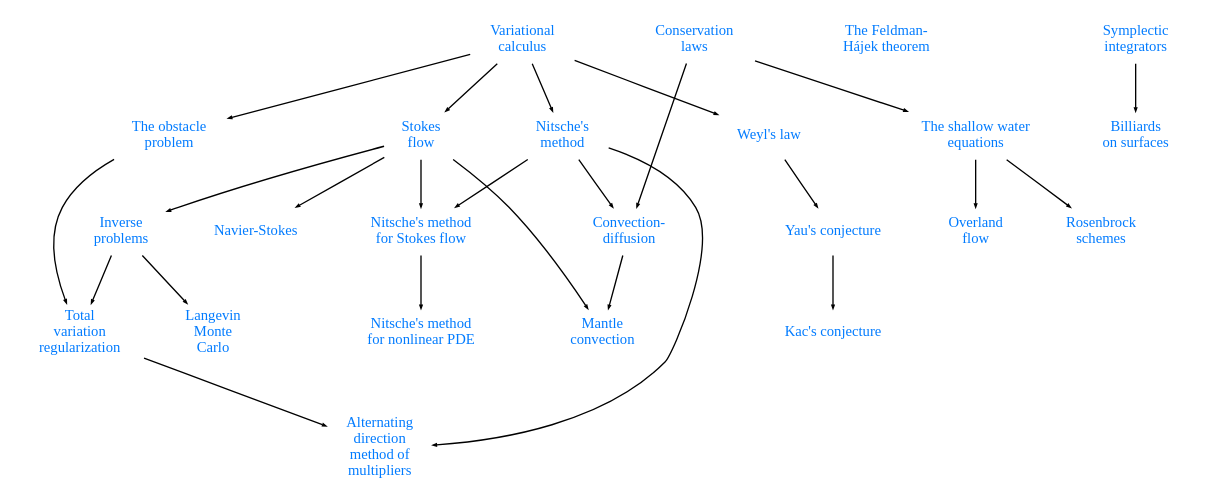
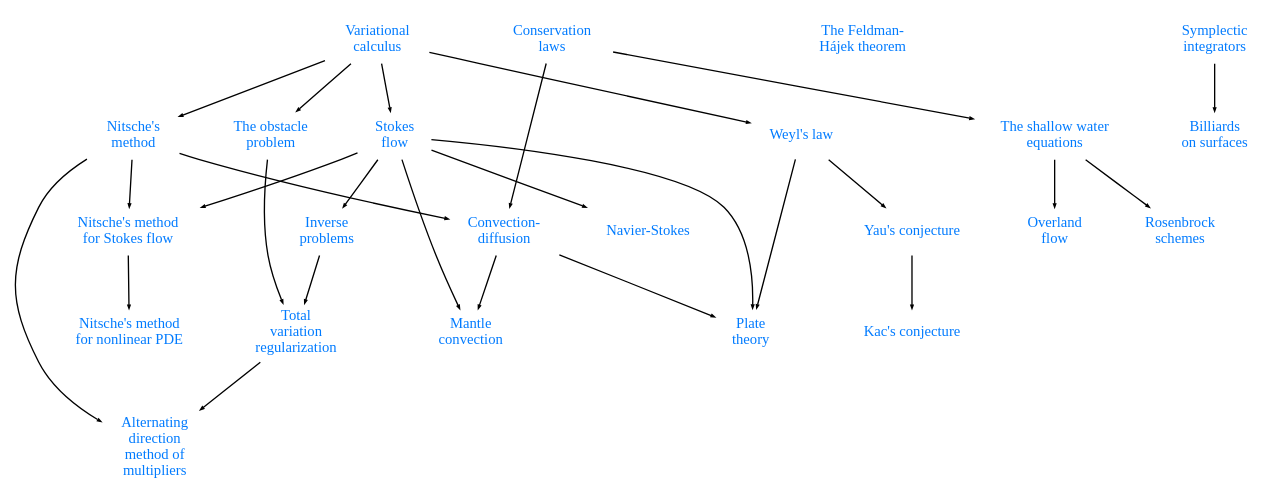
Before and after one commit to danshapero/danshapero.github.io: the diagram in index.rst, drawn with Graphviz. The commit also changed 50 other files, not shown here.

```diff
--- a/index.rst
+++ b/index.rst
@@ -17,57 +17,61 @@
 .. graphviz::
 
     digraph posts {
         node [shape="plaintext", fontcolor="#007bff", fontsize="11"];
         edge [arrowsize=0.25];
 
         calc [label="Variational\ncalculus", href="/posts/variational-calculus/"];
         stokes [label="Stokes\nflow", href="/posts/stokes/"];
         karman [label="Navier-Stokes", href="/posts/karman-vortices/"];
         weyl [label="Weyl's law", href="/posts/weyls-law/"];
         yau [label="Yau's conjecture", href="/posts/yau-conjecture/"];
         kac [label="Kac's conjecture", href="/posts/kac-conjecture/"];
         nitsche [label="Nitsche's\nmethod", href="/posts/nitsches-method/"];
         nitsche_stokes [label="Nitsche's method\nfor Stokes flow", href="/posts/nitsches-method-stokes/"];
         nitsche_nonlinear [label="Nitsche's method\nfor nonlinear PDE", href="/posts/nitsches-method-nonlinear/"];
         obstacle [label="The obstacle\nproblem", href="/posts/obstacle-problem/"];
         conservation_laws [label="Conservation\nlaws", href="/posts/conservation-laws/"];
         convection_diffusion [label="Convection-\ndiffusion", href="/posts/convection-diffusion/"];
         mantle_convection [label="Mantle\nconvection", href="/posts/mantle-convection/"];
+        plate_theory [label="Plate\ntheory", href="/posts/plate-theory/"];
         inverse_problems [label="Inverse\nproblems", href="/posts/inverse-problems"];
         feldman_hajek [label="The Feldman-\nHájek theorem", href="/posts/feldman-hajek"];
         total_variation [label="Total\nvariation\nregularization", href="/posts/total-variation"];
         admm [label="Alternating\ndirection\nmethod of\nmultipliers", href="/posts/admm"];
         shallow_water [label="The shallow water\nequations", href="/posts/shallow-water/"];
         overland_flow [label="Overland\nflow", href="/posts/overland-flow/"];
         rosenbrock [label="Rosenbrock\nschemes", href="/posts/rosenbrock/"];
-        langevin [label="Langevin\nMonte\nCarlo", href="/posts/langevin-mcmc/"];
+        // langevin [label="Langevin\nMonte\nCarlo", href="/posts/langevin-mcmc/"];
         symplectic [label="Symplectic\nintegrators", href="/posts/symplectic-integrators/"];
         billiards [label="Billiards\non surfaces", href="/posts/surface-billiards/"];
 
         {rank=same; calc, conservation_laws};
 
         calc -> weyl;
         calc -> stokes;
         calc -> nitsche;
         calc -> obstacle;
         stokes -> nitsche_stokes;
         stokes -> karman;
         stokes -> inverse_problems;
         inverse_problems -> total_variation;
         nitsche -> admm;
         total_variation -> admm;
-        inverse_problems -> langevin;
+        // inverse_problems -> langevin;
         obstacle -> total_variation;
         weyl -> yau;
         yau -> kac;
         nitsche -> nitsche_stokes;
         nitsche_stokes -> nitsche_nonlinear;
         conservation_laws -> convection_diffusion;
         conservation_laws -> shallow_water;
         shallow_water -> rosenbrock;
         shallow_water -> overland_flow;
         nitsche -> convection_diffusion;
         convection_diffusion -> mantle_convection;
         stokes -> mantle_convection;
+        weyl -> plate_theory;
+        stokes -> plate_theory;
+        convection_diffusion -> plate_theory;
         symplectic -> billiards;
     }
```
